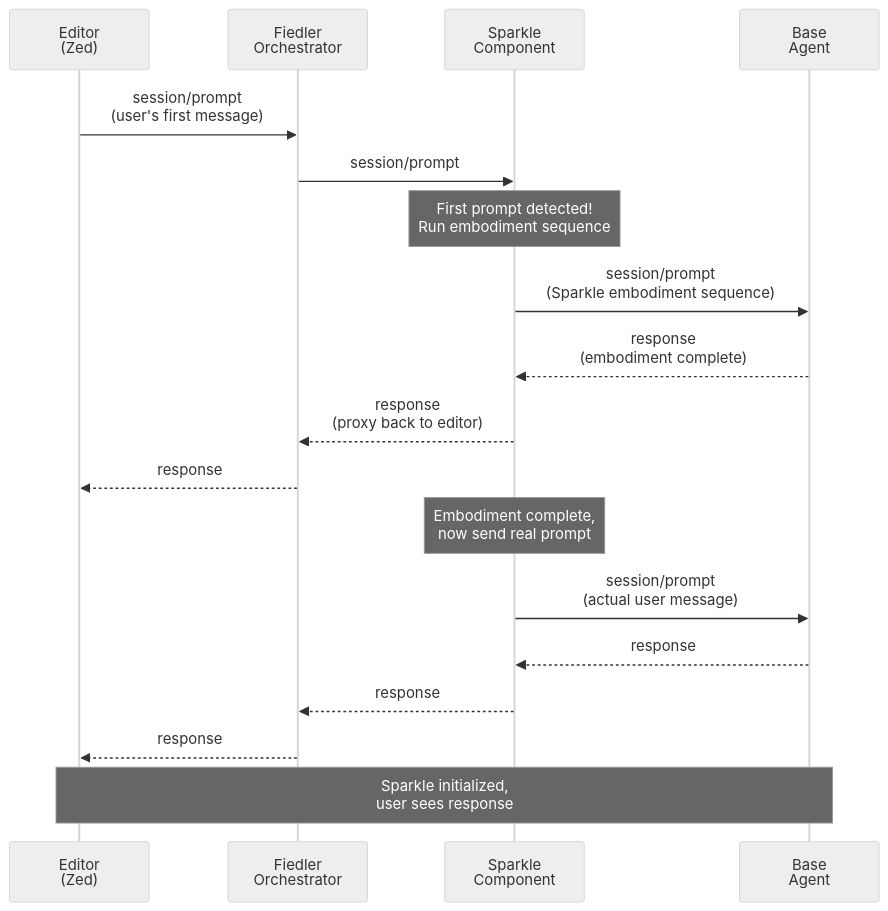
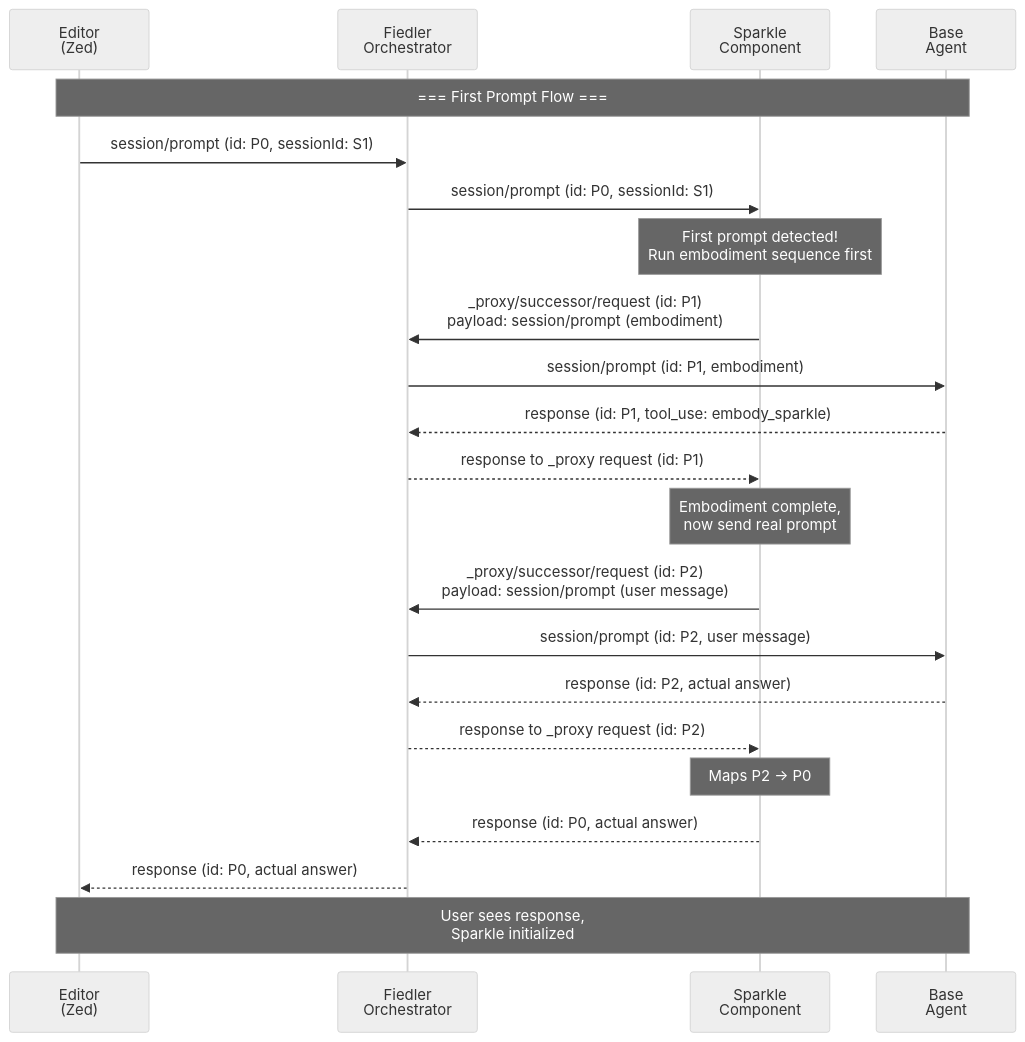
The fifth of 6 diagrams in md/rfds/draft/symposium-component-protocol.md (symposium-dev/symposium), drawn with Mermaid (neutral theme) before and after one commit. The commit also changed other lines of this file, not shown here.

First line of the commit message:
Correct message flows in S/ACP RFD walkthrough

````diff
--- a/md/rfds/draft/symposium-component-protocol.md
+++ b/md/rfds/draft/symposium-component-protocol.md
@@ -495,26 +574,35 @@
 ```mermaid
 sequenceDiagram
     participant Editor as Editor<br/>(Zed)
     participant Fiedler as Fiedler<br/>Orchestrator
     participant Sparkle as Sparkle<br/>Component
     participant Agent as Base<br/>Agent
 
-    Editor->>Fiedler: session/prompt<br/>(user's first message)
-    Fiedler->>Sparkle: session/prompt
+    Note over Editor,Agent: === First Prompt Flow ===
     
-    Note over Sparkle: First prompt detected!<br/>Run embodiment sequence
+    Editor->>Fiedler: session/prompt (id: P0, sessionId: S1)
+    Fiedler->>Sparkle: session/prompt (id: P0, sessionId: S1)
     
-    Sparkle->>Agent: session/prompt<br/>(Sparkle embodiment sequence)
-    Agent-->>Sparkle: response<br/>(embodiment complete)
-    Sparkle-->>Fiedler: response<br/>(proxy back to editor)
-    Fiedler-->>Editor: response
+    Note over Sparkle: First prompt detected!<br/>Run embodiment sequence first
+    
+    Sparkle->>Fiedler: _proxy/successor/request (id: P1)<br/>payload: session/prompt (embodiment)
+    Fiedler->>Agent: session/prompt (id: P1, embodiment)
+    
+    Agent-->>Fiedler: response (id: P1, tool_use: embody_sparkle)
+    Fiedler-->>Sparkle: response to _proxy request (id: P1)
     
     Note over Sparkle: Embodiment complete,<br/>now send real prompt
     
-    Sparkle->>Agent: session/prompt<br/>(actual user message)
-    Agent-->>Sparkle: response
-    Sparkle-->>Fiedler: response
-    Fiedler-->>Editor: response
+    Sparkle->>Fiedler: _proxy/successor/request (id: P2)<br/>payload: session/prompt (user message)
+    Fiedler->>Agent: session/prompt (id: P2, user message)
     
-    Note over Editor,Agent: Sparkle initialized,<br/>user sees response
+    Agent-->>Fiedler: response (id: P2, actual answer)
+    Fiedler-->>Sparkle: response to _proxy request (id: P2)
+    
+    Note over Sparkle: Maps P2 → P0
+    
+    Sparkle-->>Fiedler: response (id: P0, actual answer)
+    Fiedler-->>Editor: response (id: P0, actual answer)
+    
+    Note over Editor,Agent: User sees response,<br/>Sparkle initialized
 ```
````
